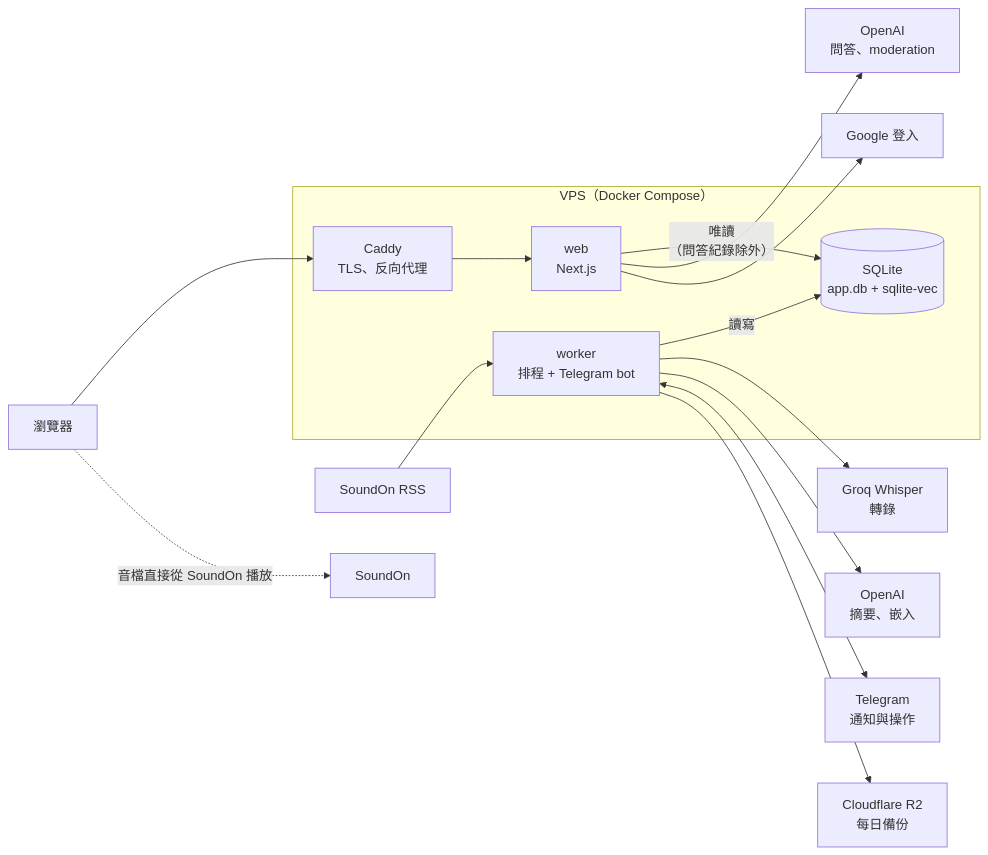
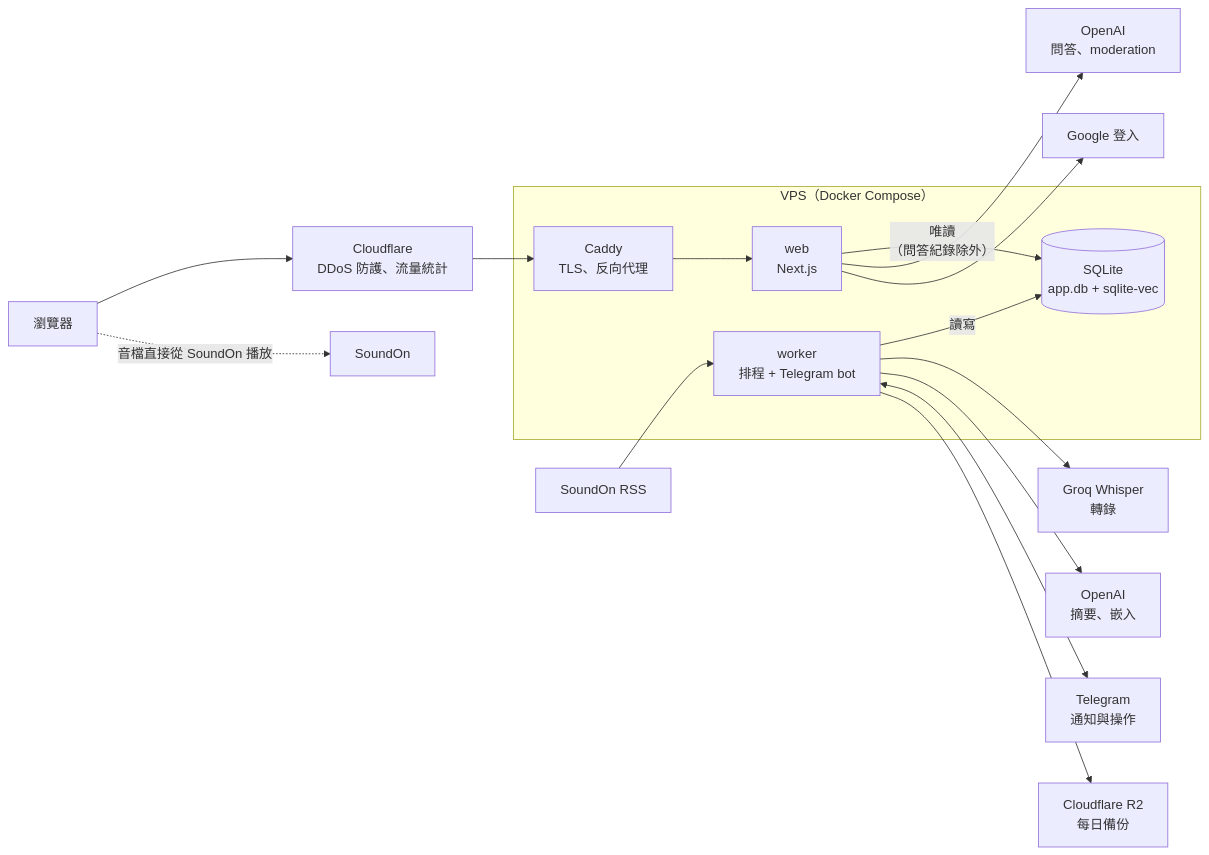
Before and after one commit to tommy3713/podcast-search: the first of 5 diagrams in README.md, drawn with Mermaid. The commit also changed other lines of this file and 2 other files, not shown here.

First line of the commit message:
docs: document Cloudflare proxying and the Vultr firewall (#7)

````diff
--- a/README.md
+++ b/README.md
@@ -17,19 +17,19 @@
 ```mermaid
 flowchart LR
   rss["SoundOn RSS"] --> worker
   subgraph vps["VPS（Docker Compose）"]
     caddy["Caddy<br/>TLS、反向代理"] --> web["web<br/>Next.js"]
     worker["worker<br/>排程 + Telegram bot"]
     db[("SQLite<br/>app.db + sqlite-vec")]
     worker -- 讀寫 --> db
     web -- 唯讀<br/>（問答紀錄除外） --> db
   end
   worker --> groq["Groq Whisper<br/>轉錄"]
   worker --> openai["OpenAI<br/>摘要、嵌入"]
   worker <--> tg["Telegram<br/>通知與操作"]
   worker --> r2["Cloudflare R2<br/>每日備份"]
   web --> openai2["OpenAI<br/>問答、moderation"]
   web --> google["Google 登入"]
-  browser["瀏覽器"] --> caddy
+  browser["瀏覽器"] --> cf["Cloudflare<br/>DDoS 防護、流量統計"] --> caddy
   browser -. 音檔直接從 SoundOn 播放 .-> soundon["SoundOn"]
 ```
````
